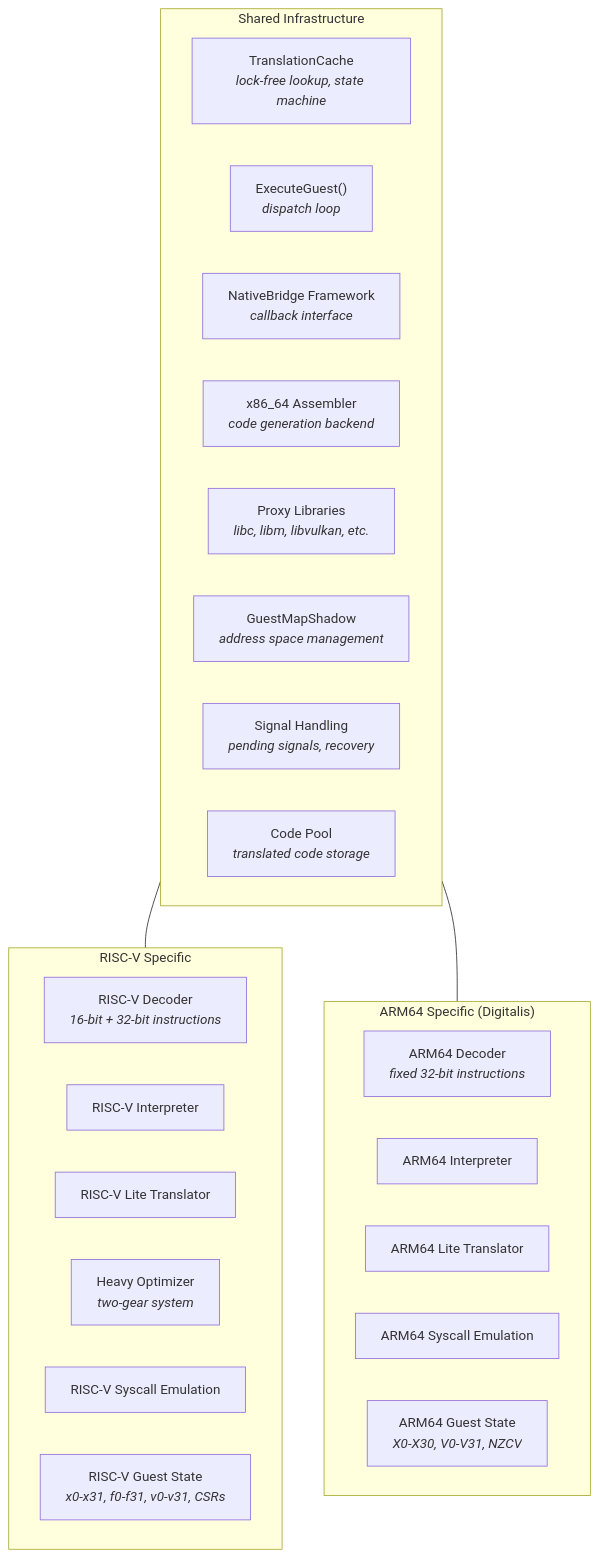
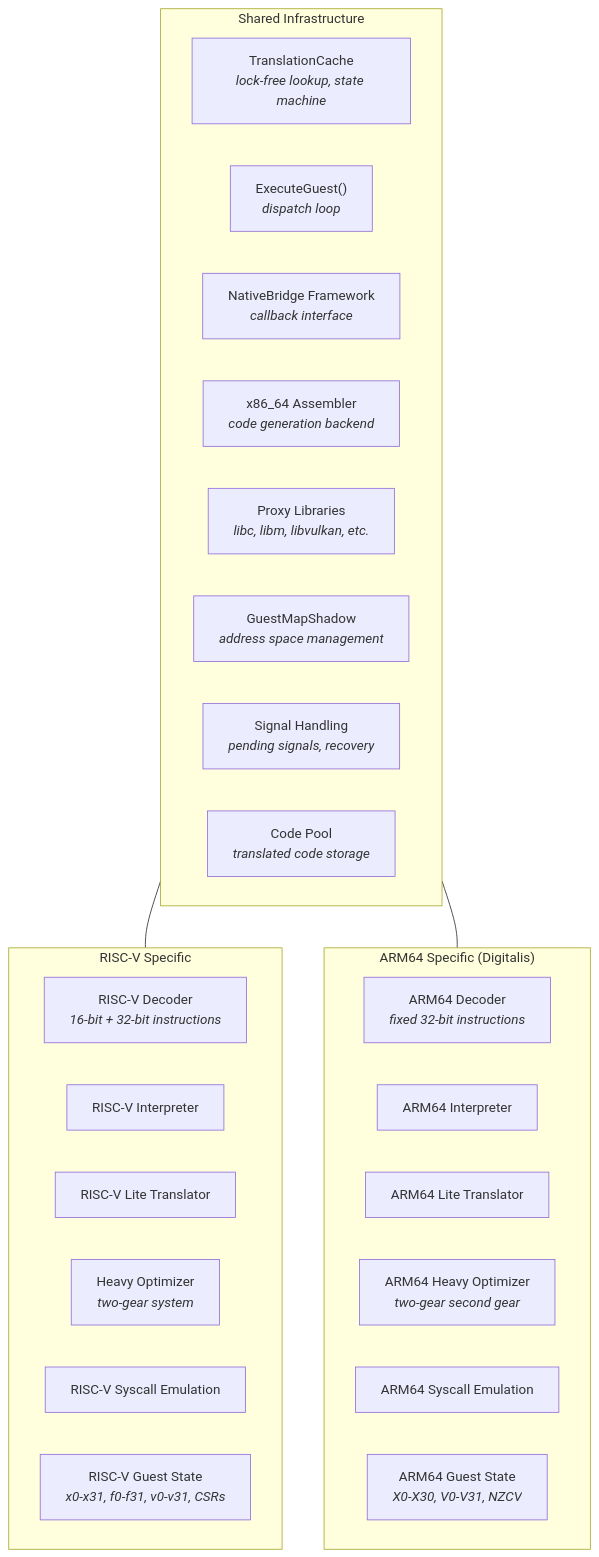
One commit to DigitalisX64/digitalis changed diagram 39 of 48 in docs/how-it-works.md. Above: the diagram before and after it, drawn with Mermaid. The commit also changed other lines of this file and 2 other files, not shown here.

First line of the commit message:
docs: reflect two-gear heavy optimizer default + recent prebuilt fixes

````diff
--- a/docs/how-it-works.md
+++ b/docs/how-it-works.md
@@ -2227,33 +2240,34 @@
 ```mermaid
 graph TD
     subgraph Shared["Shared Infrastructure"]
         TC["TranslationCache<br/><i>lock-free lookup, state machine</i>"]
         EG["ExecuteGuest()<br/><i>dispatch loop</i>"]
         NB_FW["NativeBridge Framework<br/><i>callback interface</i>"]
         ASM["x86_64 Assembler<br/><i>code generation backend</i>"]
         PROXY["Proxy Libraries<br/><i>libc, libm, libvulkan, etc.</i>"]
         GMS["GuestMapShadow<br/><i>address space management</i>"]
         SIG["Signal Handling<br/><i>pending signals, recovery</i>"]
         POOL["Code Pool<br/><i>translated code storage</i>"]
     end
 
     subgraph RISCV_Specific["RISC-V Specific"]
         R_DEC["RISC-V Decoder<br/><i>16-bit + 32-bit instructions</i>"]
         R_INT["RISC-V Interpreter"]
         R_JIT["RISC-V Lite Translator"]
         R_HEAVY["Heavy Optimizer<br/><i>two-gear system</i>"]
         R_SYS["RISC-V Syscall Emulation"]
         R_STATE["RISC-V Guest State<br/><i>x0-x31, f0-f31, v0-v31, CSRs</i>"]
     end
 
     subgraph ARM64_Specific["ARM64 Specific (Digitalis)"]
         A_DEC["ARM64 Decoder<br/><i>fixed 32-bit instructions</i>"]
         A_INT["ARM64 Interpreter"]
         A_JIT["ARM64 Lite Translator"]
+        A_HEAVY["ARM64 Heavy Optimizer<br/><i>two-gear second gear</i>"]
         A_SYS["ARM64 Syscall Emulation"]
         A_STATE["ARM64 Guest State<br/><i>X0-X30, V0-V31, NZCV</i>"]
     end
 
     Shared --- RISCV_Specific
     Shared --- ARM64_Specific
 ```
````
